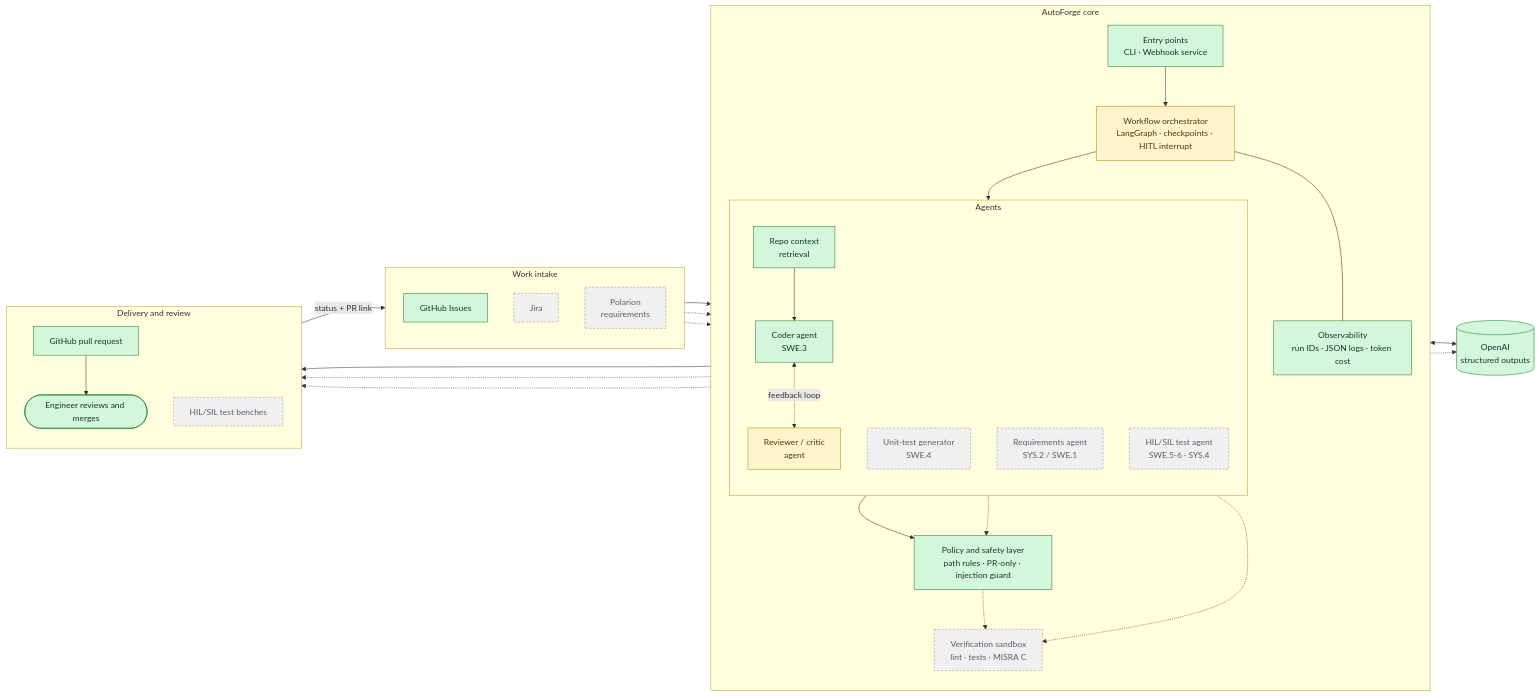
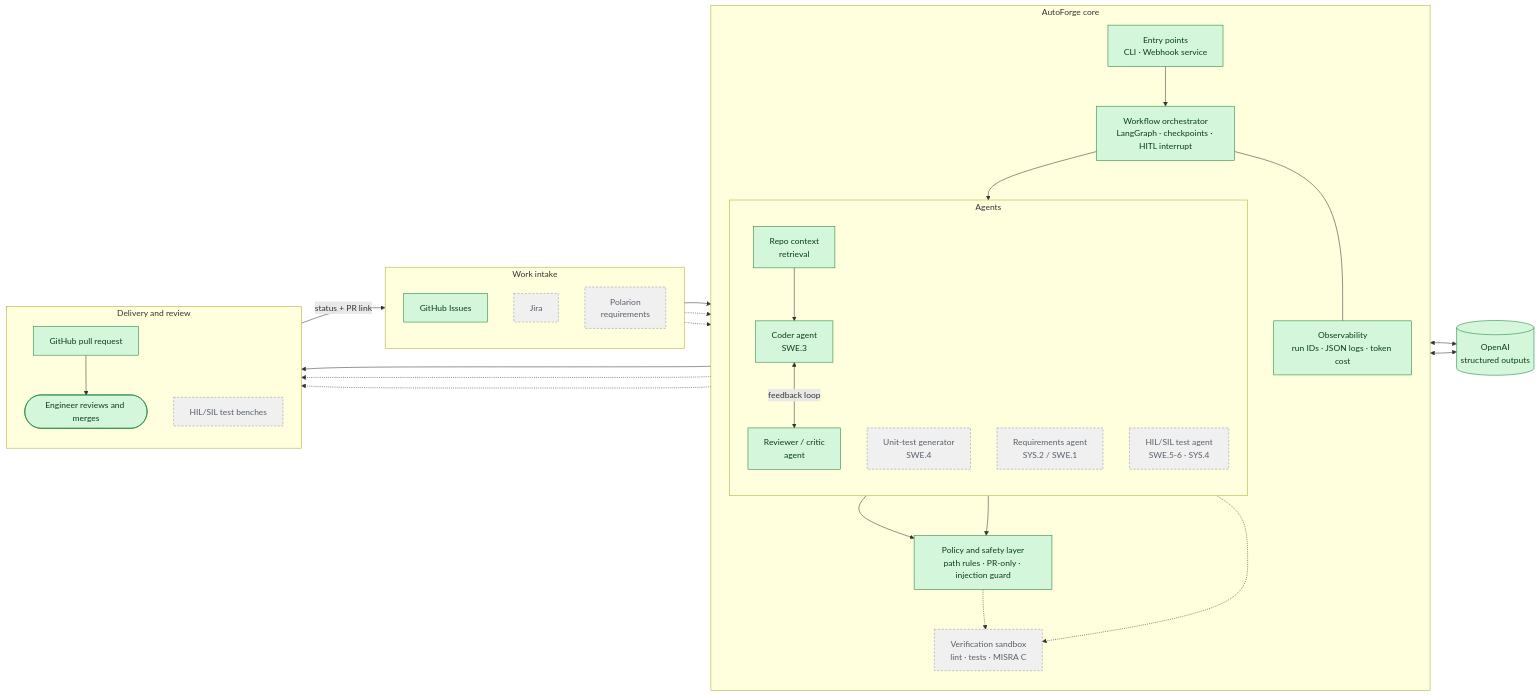
The diagram in README.md (SumanthKumar1210/autonomous_coding_agent), drawn with Mermaid before and after one commit. The commit also changed other lines of this file and 27 other files, not shown here.

````diff
--- a/README.md
+++ b/README.md
@@ -48,66 +48,65 @@
 ```mermaid
 flowchart LR
     %% ---------- Inputs ----------
     subgraph IN["Work intake"]
         direction TB
         GHI["GitHub Issues"]
         JIRA["Jira"]
         POL["Polarion<br/>requirements"]
     end
 
     %% ---------- Core ----------
     subgraph CORE["AutoForge core"]
         direction TB
         ENTRY["Entry points<br/>CLI · Webhook service"]
         ORCH["Workflow orchestrator<br/>LangGraph · checkpoints · HITL interrupt"]
 
         subgraph AGENTS["Agents"]
             direction TB
             CTX["Repo context<br/>retrieval"]
             CODER["Coder agent<br/>SWE.3"]
             REVIEW["Reviewer / critic<br/>agent"]
             TESTGEN["Unit-test generator<br/>SWE.4"]
             REQ["Requirements agent<br/>SYS.2 / SWE.1"]
             HIL["HIL/SIL test agent<br/>SWE.5-6 · SYS.4"]
         end
 
         POLICY["Policy and safety layer<br/>path rules · PR-only · injection guard"]
         VERIFY["Verification sandbox<br/>lint · tests · MISRA C"]
         OBS["Observability<br/>run IDs · JSON logs · token cost"]
     end
 
     %% ---------- External ----------
     LLM[("OpenAI<br/>structured outputs")]
 
     subgraph OUT["Delivery and review"]
         direction TB
         PR["GitHub pull request"]
         HUMAN(["Engineer reviews and merges"])
         BENCH["HIL/SIL test benches"]
     end
 
     GHI --> ENTRY
     JIRA -.-> ENTRY
     POL -.-> REQ
     ENTRY --> ORCH
     ORCH --> CTX --> CODER
-    CODER <-.->|feedback loop| REVIEW
+    CODER <-->|feedback loop| REVIEW
     CODER --> POLICY
-    REVIEW -.-> POLICY
+    REVIEW --> POLICY
     TESTGEN -.-> VERIFY
     POLICY --> PR
     POLICY -.-> VERIFY -.-> PR
     HIL -.-> BENCH
     CODER <--> LLM
-    REVIEW -.-> LLM
+    REVIEW <--> LLM
     PR --> HUMAN
     PR -->|status + PR link| GHI
     ORCH --- OBS
 
     classDef built fill:#d4f7dc,stroke:#1a7f37,color:#0b3d1a
     classDef next fill:#fff4cc,stroke:#bf8700,color:#4d3800
     classDef planned fill:#f0f0f0,stroke:#8c959f,color:#57606a,stroke-dasharray:4 3
-    class GHI,ENTRY,CTX,CODER,POLICY,OBS,PR,HUMAN,LLM built
-    class ORCH,REVIEW next
+    class GHI,ENTRY,ORCH,CTX,CODER,REVIEW,POLICY,OBS,PR,HUMAN,LLM built
     class JIRA,POL,TESTGEN,REQ,HIL,VERIFY,BENCH planned
 ```
````
